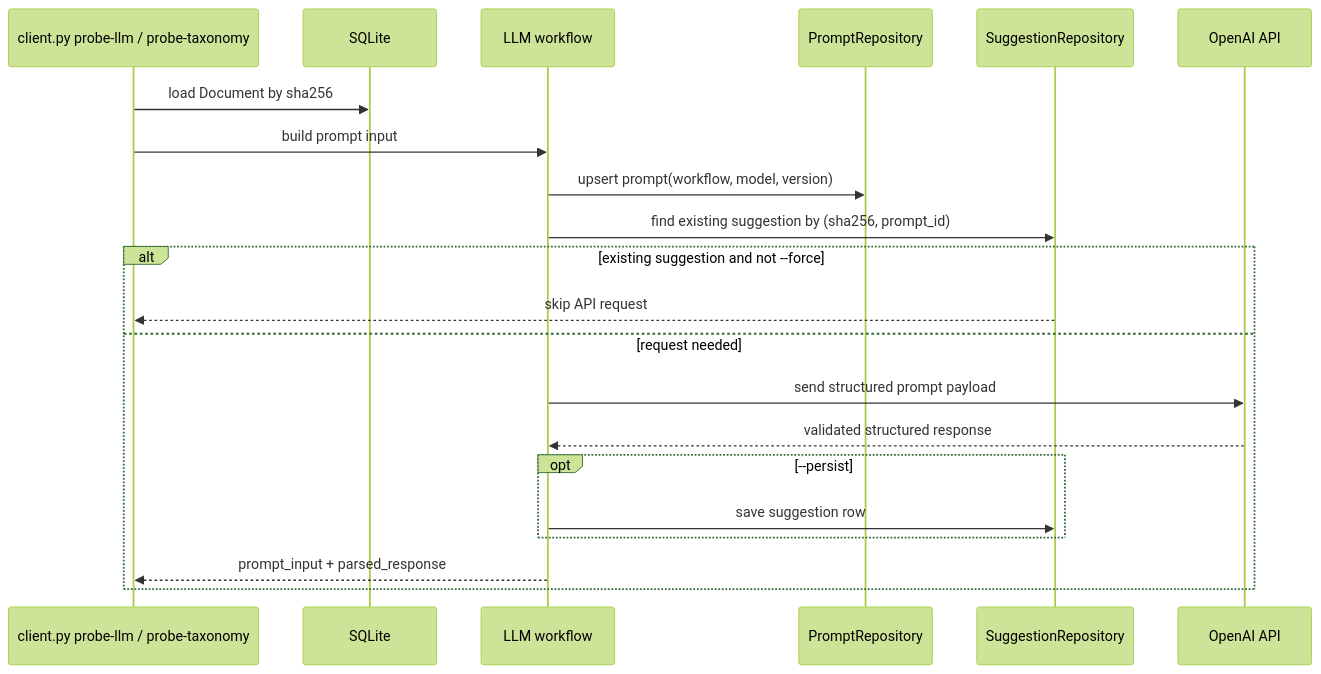
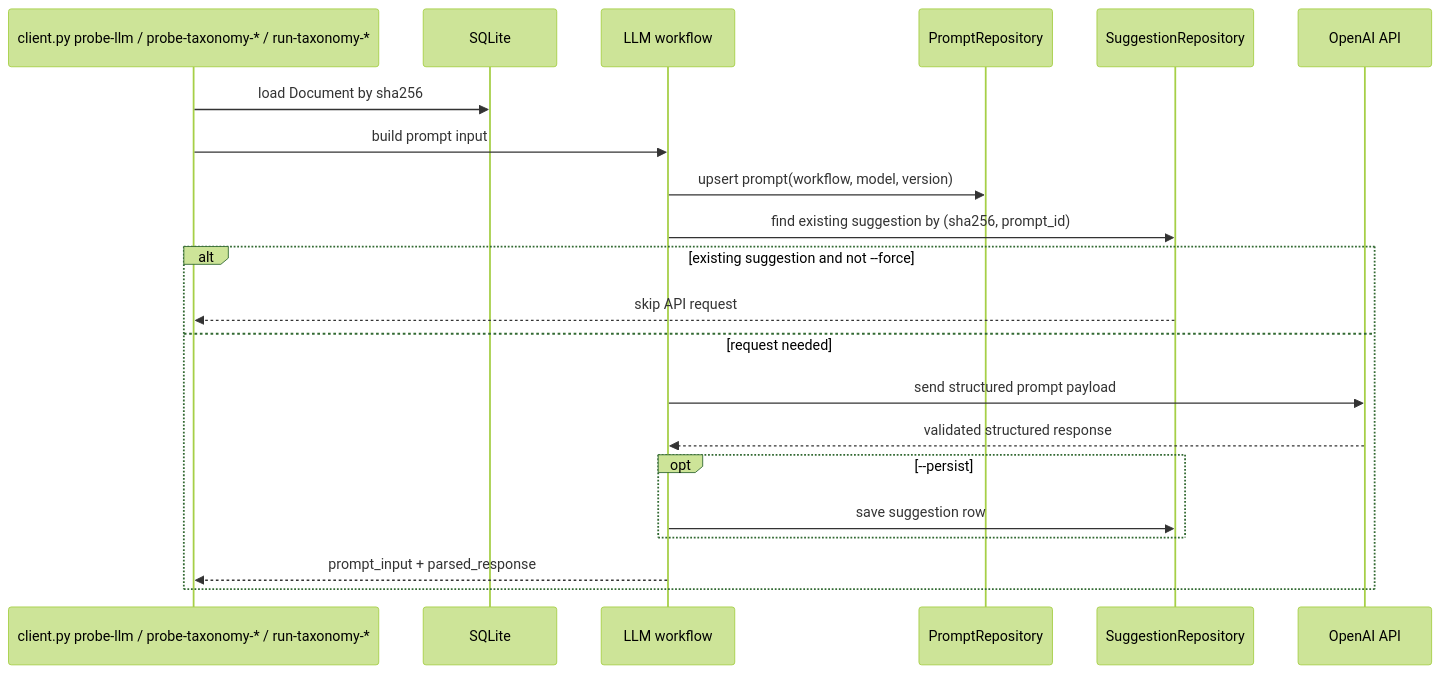
The second of 2 diagrams in docs/phase_flow.md (ABCjustE/PDFs), drawn with Mermaid (forest theme) before and after one commit. The commit also changed 12 other files, not shown here.

````diff
--- a/docs/phase_flow.md
+++ b/docs/phase_flow.md
@@ -32,24 +32,24 @@
 ```mermaid
 sequenceDiagram
-    participant Client as client.py probe-llm / probe-taxonomy
+    participant Client as client.py probe-llm / probe-taxonomy-* / run-taxonomy-*
     participant DB as SQLite
     participant WF as LLM workflow
     participant PR as PromptRepository
     participant SR as SuggestionRepository
     participant API as OpenAI API
 
     Client->>DB: load Document by sha256
     Client->>WF: build prompt input
     WF->>PR: upsert prompt(workflow, model, version)
     WF->>SR: find existing suggestion by (sha256, prompt_id)
     alt existing suggestion and not --force
         SR-->>Client: skip API request
     else request needed
         WF->>API: send structured prompt payload
         API-->>WF: validated structured response
         opt --persist
             WF->>SR: save suggestion row
         end
         WF-->>Client: prompt_input + parsed_response
     end
 ```
````
